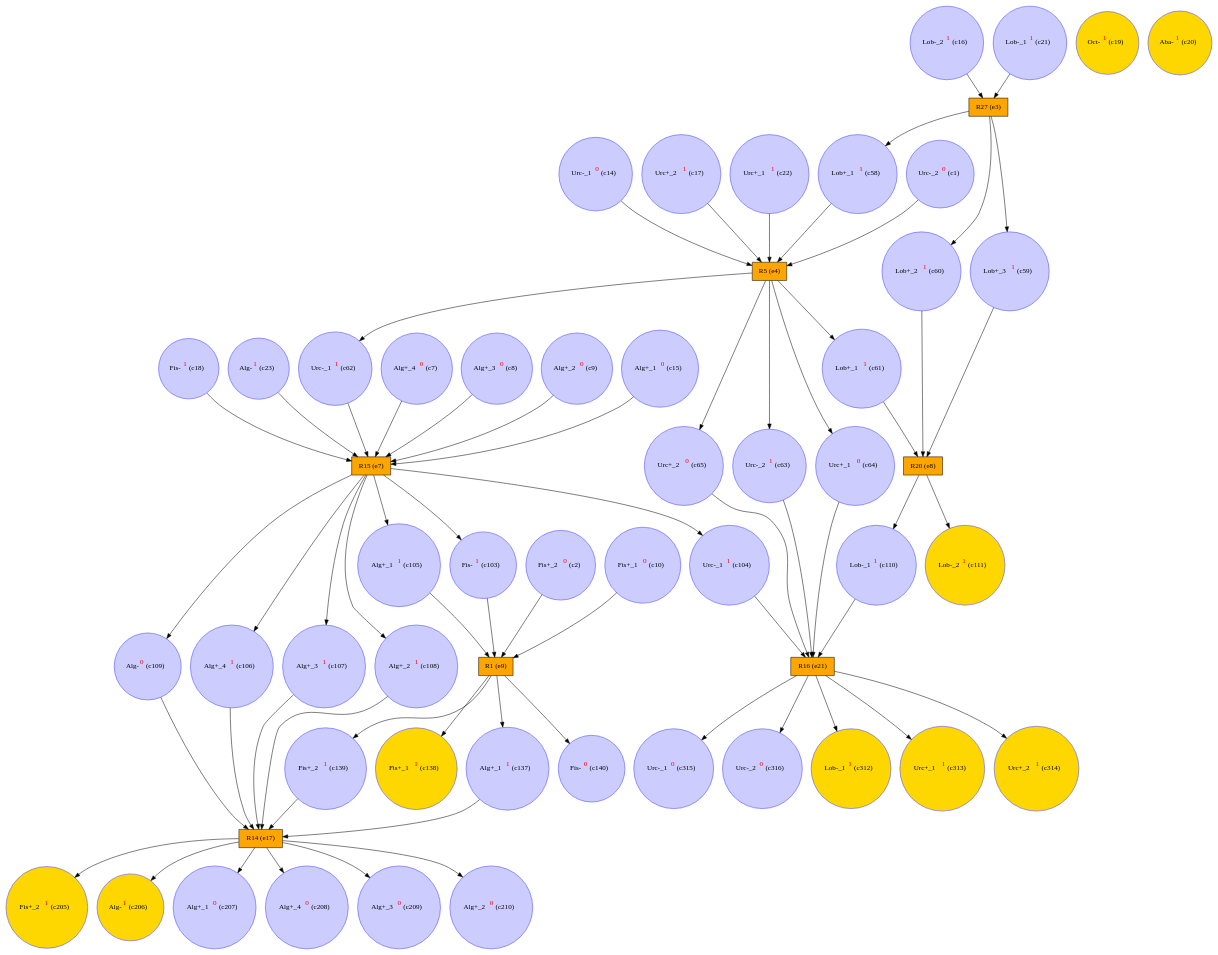
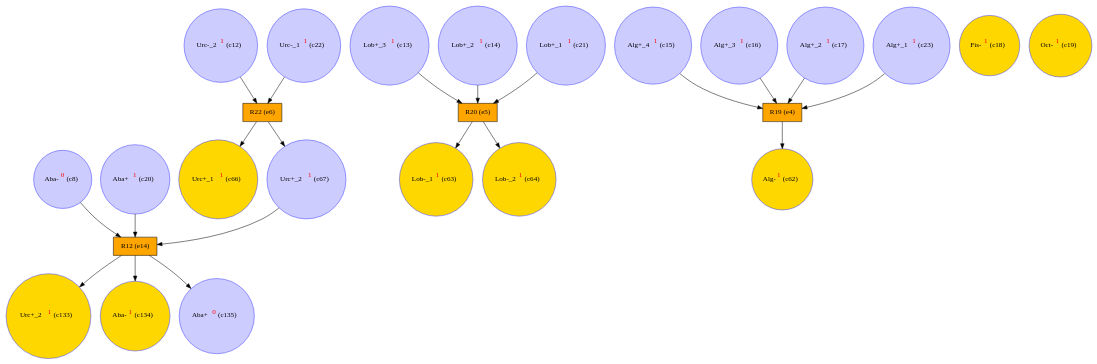
The diagram in examples/oursin_tasmanie/oursin_tasmanie_pr_unf.dot (giannkas/ecofolder), drawn with Graphviz before and after one commit. The commit also changed 24 other files, not shown here.

```diff
--- a/examples/oursin_tasmanie/oursin_tasmanie_pr_unf.dot
+++ b/examples/oursin_tasmanie/oursin_tasmanie_pr_unf.dot
@@ -1,121 +1,47 @@
 digraph test {
-  c1 -> e4;
-  c2 -> e9;
-  c7 -> e7;
-  c8 -> e7;
-  c9 -> e7;
-  c10 -> e9;
-  c14 -> e4;
-  c15 -> e7;
-  c16 -> e3;
+  c8 -> e14;
+  c12 -> e6;
+  c13 -> e5;
+  c14 -> e5;
+  c15 -> e4;
+  c16 -> e4;
   c17 -> e4;
-  c18 -> e7;
-  c21 -> e3;
-  c22 -> e4;
-  c23 -> e7;
-  e3 -> c58;
-  c58 -> e4;
-  e3 -> c59;
-  c59 -> e8;
-  e3 -> c60;
-  c60 -> e8;
-  e4 -> c61;
-  c61 -> e8;
+  c20 -> e14;
+  c21 -> e5;
+  c22 -> e6;
+  c23 -> e4;
   e4 -> c62;
-  c62 -> e7;
-  e4 -> c63;
-  c63 -> e21;
-  e4 -> c64;
-  c64 -> e21;
-  e4 -> c65;
-  c65 -> e21;
-  e7 -> c103;
-  c103 -> e9;
-  e7 -> c104;
-  c104 -> e21;
-  e7 -> c105;
-  c105 -> e9;
-  e7 -> c106;
-  c106 -> e17;
-  e7 -> c107;
-  c107 -> e17;
-  e7 -> c108;
-  c108 -> e17;
-  e7 -> c109;
-  c109 -> e17;
-  e8 -> c110;
-  c110 -> e21;
-  e8 -> c111;
-  e9 -> c137;
-  c137 -> e17;
-  e9 -> c138;
-  e9 -> c139;
-  c139 -> e17;
-  e9 -> c140;
-  e17 -> c205;
-  e17 -> c206;
-  e17 -> c207;
-  e17 -> c208;
-  e17 -> c209;
-  e17 -> c210;
-  e21 -> c312;
-  e21 -> c313;
-  e21 -> c314;
-  e21 -> c315;
-  e21 -> c316;
-  c1 [color="#4040ff" fillcolor="#ccccff" label= <Urc-_2<FONT COLOR="red"><SUP>0</SUP></FONT>&nbsp;(c1)> shape=circle style=filled];
-  c2 [color="#4040ff" fillcolor="#ccccff" label= <Fis+_2<FONT COLOR="red"><SUP>0</SUP></FONT>&nbsp;(c2)> shape=circle style=filled];
-  c7 [color="#4040ff" fillcolor="#ccccff" label= <Alg+_4<FONT COLOR="red"><SUP>0</SUP></FONT>&nbsp;(c7)> shape=circle style=filled];
-  c8 [color="#4040ff" fillcolor="#ccccff" label= <Alg+_3<FONT COLOR="red"><SUP>0</SUP></FONT>&nbsp;(c8)> shape=circle style=filled];
-  c9 [color="#4040ff" fillcolor="#ccccff" label= <Alg+_2<FONT COLOR="red"><SUP>0</SUP></FONT>&nbsp;(c9)> shape=circle style=filled];
-  c10 [color="#4040ff" fillcolor="#ccccff" label= <Fis+_1<FONT COLOR="red"><SUP>0</SUP></FONT>&nbsp;(c10)> shape=circle style=filled];
-  c14 [color="#4040ff" fillcolor="#ccccff" label= <Urc-_1<FONT COLOR="red"><SUP>0</SUP></FONT>&nbsp;(c14)> shape=circle style=filled];
-  c15 [color="#4040ff" fillcolor="#ccccff" label= <Alg+_1<FONT COLOR="red"><SUP>0</SUP></FONT>&nbsp;(c15)> shape=circle style=filled];
-  c16 [color="#4040ff" fillcolor="#ccccff" label= <Lob-_2<FONT COLOR="red"><SUP>1</SUP></FONT>&nbsp;(c16)> shape=circle style=filled];
-  c17 [color="#4040ff" fillcolor="#ccccff" label= <Urc+_2<FONT COLOR="red"><SUP>1</SUP></FONT>&nbsp;(c17)> shape=circle style=filled];
-  c18 [color="#4040ff" fillcolor="#ccccff" label= <Fis-<FONT COLOR="red"><SUP>1</SUP></FONT>&nbsp;(c18)> shape=circle style=filled];
+  e5 -> c63;
+  e5 -> c64;
+  e6 -> c66;
+  e6 -> c67;
+  c67 -> e14;
+  e14 -> c133;
+  e14 -> c134;
+  e14 -> c135;
+  c8 [color="#4040ff" fillcolor="#ccccff" label= <Aba-<FONT COLOR="red"><SUP>0</SUP></FONT>&nbsp;(c8)> shape=circle style=filled];
+  c12 [color="#4040ff" fillcolor="#ccccff" label= <Urc-_2<FONT COLOR="red"><SUP>1</SUP></FONT>&nbsp;(c12)> shape=circle style=filled];
+  c13 [color="#4040ff" fillcolor="#ccccff" label= <Lob+_3<FONT COLOR="red"><SUP>1</SUP></FONT>&nbsp;(c13)> shape=circle style=filled];
+  c14 [color="#4040ff" fillcolor="#ccccff" label= <Lob+_2<FONT COLOR="red"><SUP>1</SUP></FONT>&nbsp;(c14)> shape=circle style=filled];
+  c15 [color="#4040ff" fillcolor="#ccccff" label= <Alg+_4<FONT COLOR="red"><SUP>1</SUP></FONT>&nbsp;(c15)> shape=circle style=filled];
+  c16 [color="#4040ff" fillcolor="#ccccff" label= <Alg+_3<FONT COLOR="red"><SUP>1</SUP></FONT>&nbsp;(c16)> shape=circle style=filled];
+  c17 [color="#4040ff" fillcolor="#ccccff" label= <Alg+_2<FONT COLOR="red"><SUP>1</SUP></FONT>&nbsp;(c17)> shape=circle style=filled];
+  c18 [color="#4040ff" fillcolor="gold" label= <Fis-<FONT COLOR="red"><SUP>1</SUP></FONT>&nbsp;(c18)> shape=circle style=filled];
   c19 [color="#4040ff" fillcolor="gold" label= <Oct-<FONT COLOR="red"><SUP>1</SUP></FONT>&nbsp;(c19)> shape=circle style=filled];
-  c20 [color="#4040ff" fillcolor="gold" label= <Aba-<FONT COLOR="red"><SUP>1</SUP></FONT>&nbsp;(c20)> shape=circle style=filled];
-  c21 [color="#4040ff" fillcolor="#ccccff" label= <Lob-_1<FONT COLOR="red"><SUP>1</SUP></FONT>&nbsp;(c21)> shape=circle style=filled];
-  c22 [color="#4040ff" fillcolor="#ccccff" label= <Urc+_1<FONT COLOR="red"><SUP>1</SUP></FONT>&nbsp;(c22)> shape=circle style=filled];
-  c23 [color="#4040ff" fillcolor="#ccccff" label= <Alg-<FONT COLOR="red"><SUP>1</SUP></FONT>&nbsp;(c23)> shape=circle style=filled];
-  c58 [color="#4040ff" fillcolor="#ccccff" label= <Lob+_1<FONT COLOR="red"><SUP>1</SUP></FONT>&nbsp;(c58)> shape=circle style=filled];
-  c59 [color="#4040ff" fillcolor="#ccccff" label= <Lob+_3<FONT COLOR="red"><SUP>1</SUP></FONT>&nbsp;(c59)> shape=circle style=filled];
-  c60 [color="#4040ff" fillcolor="#ccccff" label= <Lob+_2<FONT COLOR="red"><SUP>1</SUP></FONT>&nbsp;(c60)> shape=circle style=filled];
-  c61 [color="#4040ff" fillcolor="#ccccff" label= <Lob+_1<FONT COLOR="red"><SUP>1</SUP></FONT>&nbsp;(c61)> shape=circle style=filled];
-  c62 [color="#4040ff" fillcolor="#ccccff" label= <Urc-_1<FONT COLOR="red"><SUP>1</SUP></FONT>&nbsp;(c62)> shape=circle style=filled];
-  c63 [color="#4040ff" fillcolor="#ccccff" label= <Urc-_2<FONT COLOR="red"><SUP>1</SUP></FONT>&nbsp;(c63)> shape=circle style=filled];
-  c64 [color="#4040ff" fillcolor="#ccccff" label= <Urc+_1<FONT COLOR="red"><SUP>0</SUP></FONT>&nbsp;(c64)> shape=circle style=filled];
-  c65 [color="#4040ff" fillcolor="#ccccff" label= <Urc+_2<FONT COLOR="red"><SUP>0</SUP></FONT>&nbsp;(c65)> shape=circle style=filled];
-  c103 [color="#4040ff" fillcolor="#ccccff" label= <Fis-<FONT COLOR="red"><SUP>1</SUP></FONT>&nbsp;(c103)> shape=circle style=filled];
-  c104 [color="#4040ff" fillcolor="#ccccff" label= <Urc-_1<FONT COLOR="red"><SUP>1</SUP></FONT>&nbsp;(c104)> shape=circle style=filled];
-  c105 [color="#4040ff" fillcolor="#ccccff" label= <Alg+_1<FONT COLOR="red"><SUP>1</SUP></FONT>&nbsp;(c105)> shape=circle style=filled];
-  c106 [color="#4040ff" fillcolor="#ccccff" label= <Alg+_4<FONT COLOR="red"><SUP>1</SUP></FONT>&nbsp;(c106)> shape=circle style=filled];
-  c107 [color="#4040ff" fillcolor="#ccccff" label= <Alg+_3<FONT COLOR="red"><SUP>1</SUP></FONT>&nbsp;(c107)> shape=circle style=filled];
-  c108 [color="#4040ff" fillcolor="#ccccff" label= <Alg+_2<FONT COLOR="red"><SUP>1</SUP></FONT>&nbsp;(c108)> shape=circle style=filled];
-  c109 [color="#4040ff" fillcolor="#ccccff" label= <Alg-<FONT COLOR="red"><SUP>0</SUP></FONT>&nbsp;(c109)> shape=circle style=filled];
-  c110 [color="#4040ff" fillcolor="#ccccff" label= <Lob-_1<FONT COLOR="red"><SUP>1</SUP></FONT>&nbsp;(c110)> shape=circle style=filled];
-  c111 [color="#4040ff" fillcolor="gold" label= <Lob-_2<FONT COLOR="red"><SUP>1</SUP></FONT>&nbsp;(c111)> shape=circle style=filled];
-  c137 [color="#4040ff" fillcolor="#ccccff" label= <Alg+_1<FONT COLOR="red"><SUP>1</SUP></FONT>&nbsp;(c137)> shape=circle style=filled];
-  c138 [color="#4040ff" fillcolor="gold" label= <Fis+_1<FONT COLOR="red"><SUP>1</SUP></FONT>&nbsp;(c138)> shape=circle style=filled];
-  c139 [color="#4040ff" fillcolor="#ccccff" label= <Fis+_2<FONT COLOR="red"><SUP>1</SUP></FONT>&nbsp;(c139)> shape=circle style=filled];
-  c140 [color="#4040ff" fillcolor="#ccccff" label= <Fis-<FONT COLOR="red"><SUP>0</SUP></FONT>&nbsp;(c140)> shape=circle style=filled];
-  c205 [color="#4040ff" fillcolor="gold" label= <Fis+_2<FONT COLOR="red"><SUP>1</SUP></FONT>&nbsp;(c205)> shape=circle style=filled];
-  c206 [color="#4040ff" fillcolor="gold" label= <Alg-<FONT COLOR="red"><SUP>1</SUP></FONT>&nbsp;(c206)> shape=circle style=filled];
-  c207 [color="#4040ff" fillcolor="#ccccff" label= <Alg+_1<FONT COLOR="red"><SUP>0</SUP></FONT>&nbsp;(c207)> shape=circle style=filled];
-  c208 [color="#4040ff" fillcolor="#ccccff" label= <Alg+_4<FONT COLOR="red"><SUP>0</SUP></FONT>&nbsp;(c208)> shape=circle style=filled];
-  c209 [color="#4040ff" fillcolor="#ccccff" label= <Alg+_3<FONT COLOR="red"><SUP>0</SUP></FONT>&nbsp;(c209)> shape=circle style=filled];
-  c210 [color="#4040ff" fillcolor="#ccccff" label= <Alg+_2<FONT COLOR="red"><SUP>0</SUP></FONT>&nbsp;(c210)> shape=circle style=filled];
-  c312 [color="#4040ff" fillcolor="gold" label= <Lob-_1<FONT COLOR="red"><SUP>1</SUP></FONT>&nbsp;(c312)> shape=circle style=filled];
-  c313 [color="#4040ff" fillcolor="gold" label= <Urc+_1<FONT COLOR="red"><SUP>1</SUP></FONT>&nbsp;(c313)> shape=circle style=filled];
-  c314 [color="#4040ff" fillcolor="gold" label= <Urc+_2<FONT COLOR="red"><SUP>1</SUP></FONT>&nbsp;(c314)> shape=circle style=filled];
-  c315 [color="#4040ff" fillcolor="#ccccff" label= <Urc-_1<FONT COLOR="red"><SUP>0</SUP></FONT>&nbsp;(c315)> shape=circle style=filled];
-  c316 [color="#4040ff" fillcolor="#ccccff" label= <Urc-_2<FONT COLOR="red"><SUP>0</SUP></FONT>&nbsp;(c316)> shape=circle style=filled];
-  e3 [color="black" fillcolor="orange" label="R27 (e3)" shape=box style=filled];
-  e4 [color="black" fillcolor="orange" label="R5 (e4)" shape=box style=filled];
-  e7 [color="black" fillcolor="orange" label="R15 (e7)" shape=box style=filled];
-  e8 [color="black" fillcolor="orange" label="R20 (e8)" shape=box style=filled];
-  e9 [color="black" fillcolor="orange" label="R1 (e9)" shape=box style=filled];
-  e17 [color="black" fillcolor="orange" label="R14 (e17)" shape=box style=filled];
-  e21 [color="black" fillcolor="orange" label="R16 (e21)" shape=box style=filled];
+  c20 [color="#4040ff" fillcolor="#ccccff" label= <Aba+<FONT COLOR="red"><SUP>1</SUP></FONT>&nbsp;(c20)> shape=circle style=filled];
+  c21 [color="#4040ff" fillcolor="#ccccff" label= <Lob+_1<FONT COLOR="red"><SUP>1</SUP></FONT>&nbsp;(c21)> shape=circle style=filled];
+  c22 [color="#4040ff" fillcolor="#ccccff" label= <Urc-_1<FONT COLOR="red"><SUP>1</SUP></FONT>&nbsp;(c22)> shape=circle style=filled];
+  c23 [color="#4040ff" fillcolor="#ccccff" label= <Alg+_1<FONT COLOR="red"><SUP>1</SUP></FONT>&nbsp;(c23)> shape=circle style=filled];
+  c62 [color="#4040ff" fillcolor="gold" label= <Alg-<FONT COLOR="red"><SUP>1</SUP></FONT>&nbsp;(c62)> shape=circle style=filled];
+  c63 [color="#4040ff" fillcolor="gold" label= <Lob-_1<FONT COLOR="red"><SUP>1</SUP></FONT>&nbsp;(c63)> shape=circle style=filled];
+  c64 [color="#4040ff" fillcolor="gold" label= <Lob-_2<FONT COLOR="red"><SUP>1</SUP></FONT>&nbsp;(c64)> shape=circle style=filled];
+  c66 [color="#4040ff" fillcolor="gold" label= <Urc+_1<FONT COLOR="red"><SUP>1</SUP></FONT>&nbsp;(c66)> shape=circle style=filled];
+  c67 [color="#4040ff" fillcolor="#ccccff" label= <Urc+_2<FONT COLOR="red"><SUP>1</SUP></FONT>&nbsp;(c67)> shape=circle style=filled];
+  c133 [color="#4040ff" fillcolor="gold" label= <Urc+_2<FONT COLOR="red"><SUP>1</SUP></FONT>&nbsp;(c133)> shape=circle style=filled];
+  c134 [color="#4040ff" fillcolor="gold" label= <Aba-<FONT COLOR="red"><SUP>1</SUP></FONT>&nbsp;(c134)> shape=circle style=filled];
+  c135 [color="#4040ff" fillcolor="#ccccff" label= <Aba+<FONT COLOR="red"><SUP>0</SUP></FONT>&nbsp;(c135)> shape=circle style=filled];
+  e4 [color="black" fillcolor="orange" label="R19 (e4)" shape=box style=filled];
+  e5 [color="black" fillcolor="orange" label="R20 (e5)" shape=box style=filled];
+  e6 [color="black" fillcolor="orange" label="R22 (e6)" shape=box style=filled];
+  e14 [color="black" fillcolor="orange" label="R12 (e14)" shape=box style=filled];
 }
```
